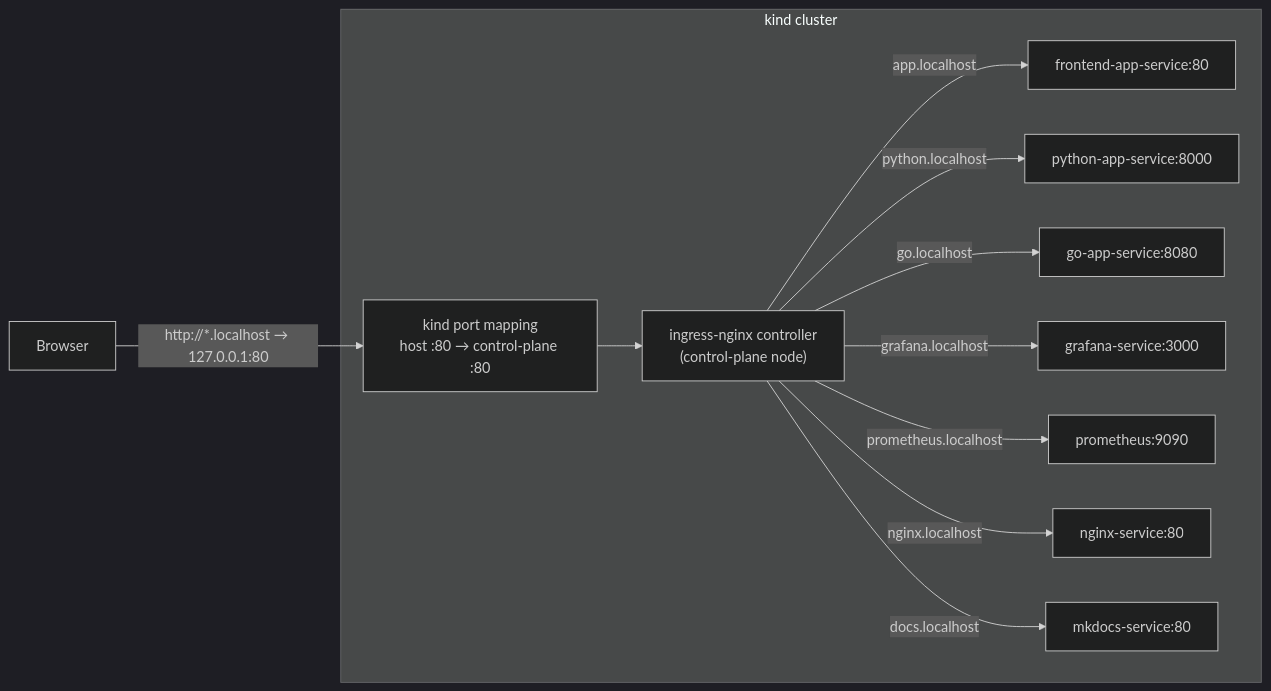
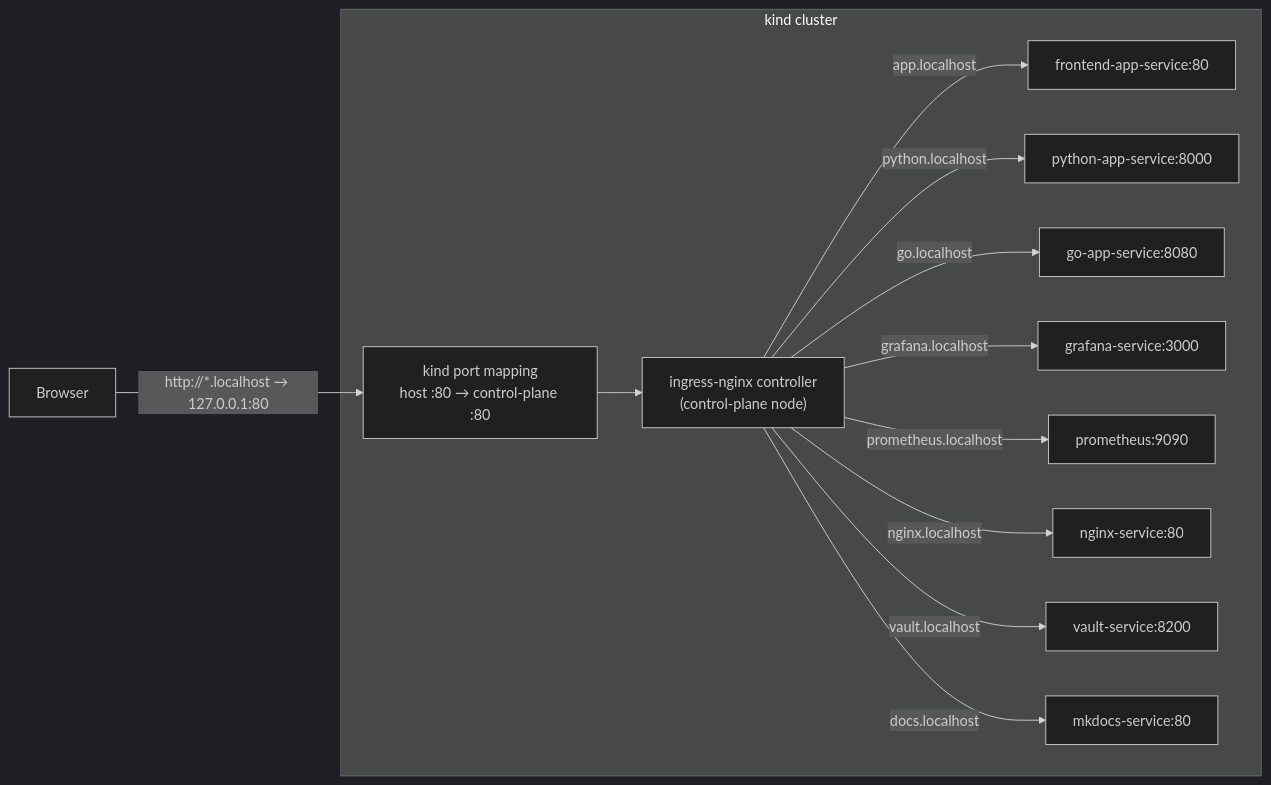
The first of 2 diagrams in documentation/docs/design.md (Jeremiaszmacura/devops-stack), drawn with Mermaid (dark theme) before and after one commit. The commit also changed other lines of this file and 23 other files, not shown here.

````diff
--- a/documentation/docs/design.md
+++ b/documentation/docs/design.md
@@ -30,15 +31,16 @@
 ```mermaid
 flowchart LR
     B[Browser]
     B -->|"http://*.localhost → 127.0.0.1:80"| PM["kind port mapping<br/>host :80 → control-plane :80"]
     subgraph cluster["kind cluster"]
         PM --> IC["ingress-nginx controller<br/>(control-plane node)"]
         IC -->|app.localhost| FE["frontend-app-service:80"]
         IC -->|python.localhost| PY["python-app-service:8000"]
         IC -->|go.localhost| GO["go-app-service:8080"]
         IC -->|grafana.localhost| GR["grafana-service:3000"]
         IC -->|prometheus.localhost| PR["prometheus:9090"]
         IC -->|nginx.localhost| NG["nginx-service:80"]
+        IC -->|vault.localhost| VA["vault-service:8200"]
         IC -->|docs.localhost| DC["mkdocs-service:80"]
     end
 ```
````
